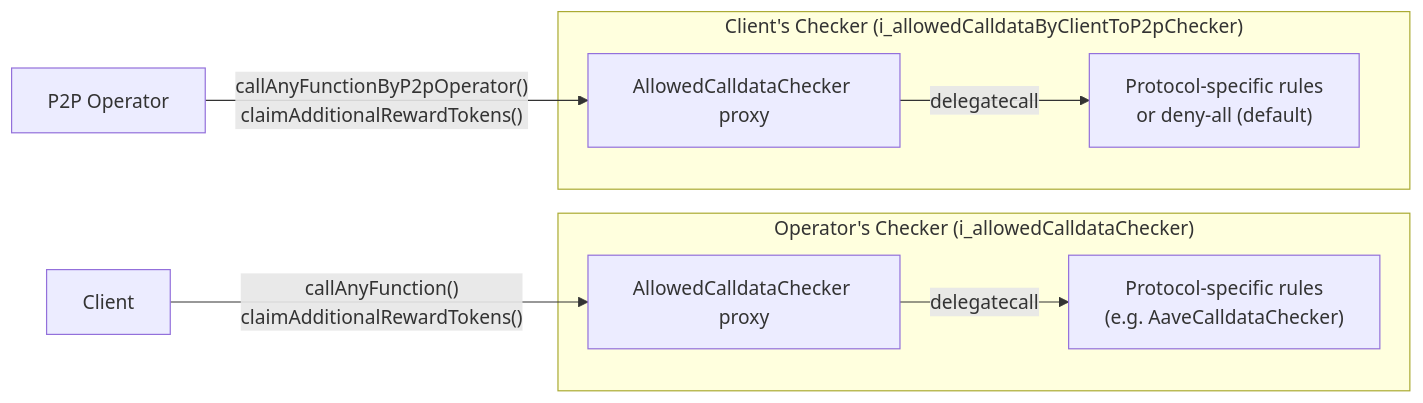
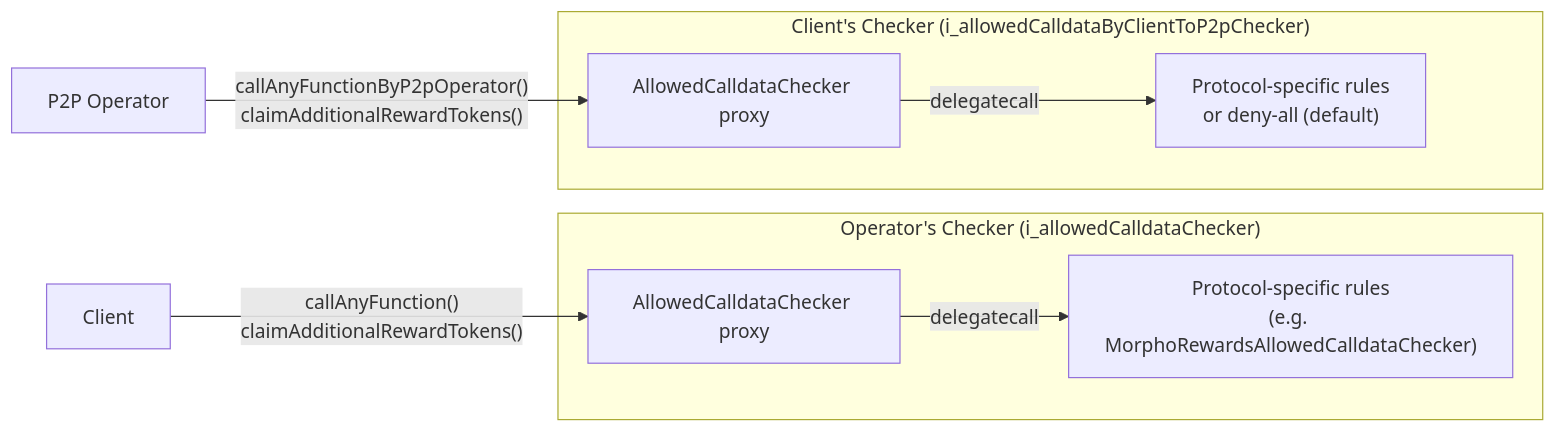
One commit to sanbir/p2p-lending-proxy changed the sixth of 14 diagrams in README.md. Above: the diagram before and after it, drawn with Mermaid. The commit also changed other lines of this file, not shown here.

````diff
--- a/README.md
+++ b/README.md
@@ -292,17 +319,17 @@
 ```mermaid
 graph LR
     subgraph "Operator's Checker (i_allowedCalldataChecker)"
         OC["AllowedCalldataChecker proxy"]
-        OC_IMPL["Protocol-specific rules\n(e.g. AaveCalldataChecker)"]
+        OC_IMPL["Protocol-specific rules\n(e.g. MorphoRewardsAllowedCalldataChecker)"]
         OC -->|"delegatecall"| OC_IMPL
     end
 
     subgraph "Client's Checker (i_allowedCalldataByClientToP2pChecker)"
         CC["AllowedCalldataChecker proxy"]
         CC_IMPL["Protocol-specific rules\nor deny-all (default)"]
         CC -->|"delegatecall"| CC_IMPL
     end
 
     CLIENT["Client"] -->|"callAnyFunction()\nclaimAdditionalRewardTokens()"| OC
     OPERATOR["P2P Operator"] -->|"callAnyFunctionByP2pOperator()\nclaimAdditionalRewardTokens()"| CC
 ```
````
